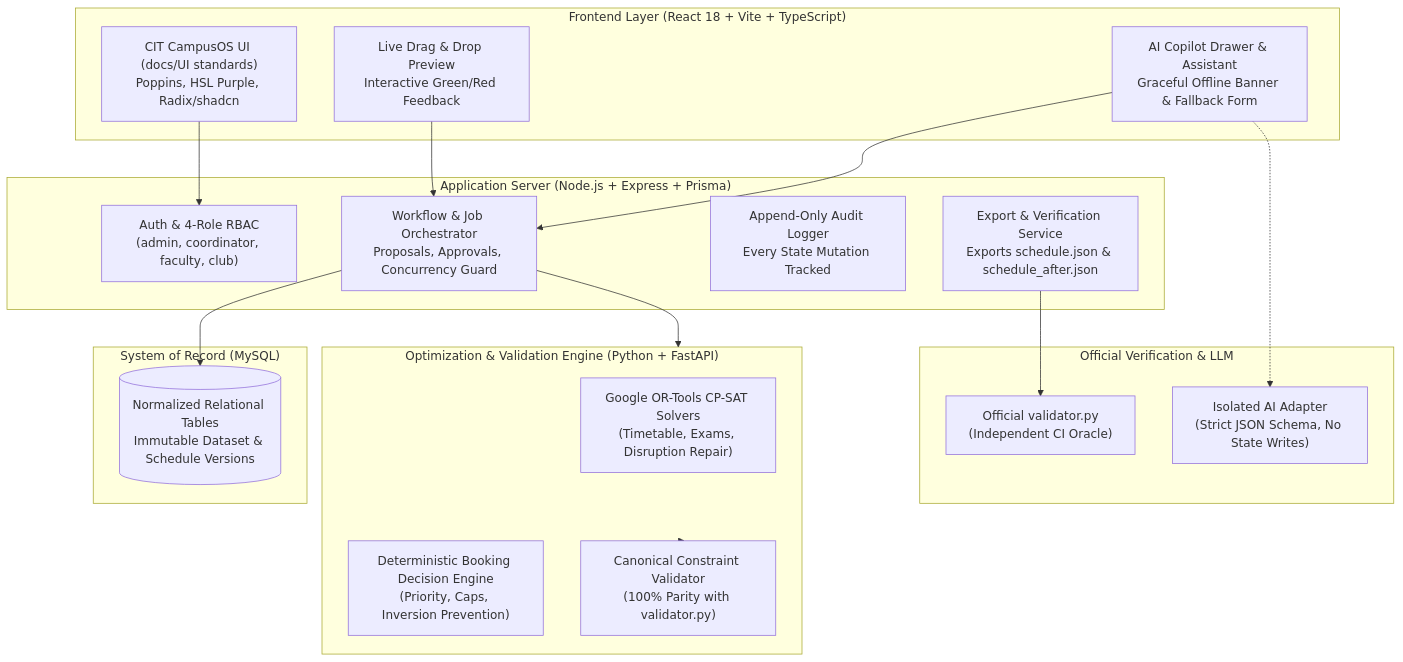
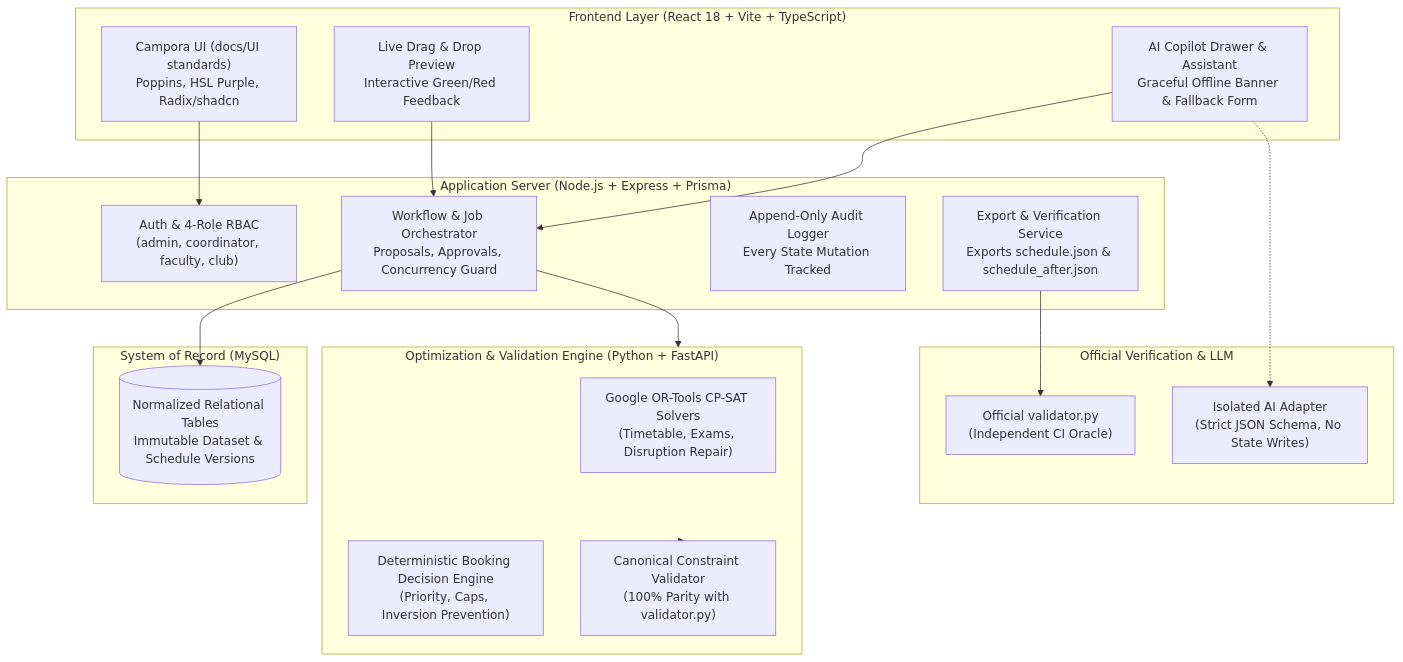
One commit to Akshat-sin-official/TZ-Meru-Byte changed the diagram in .antigravity/README.md. Above: the diagram before and after it, drawn with Mermaid. The commit also changed other lines of this file and 26 other files, not shown here.

````diff
--- a/.antigravity/README.md
+++ b/.antigravity/README.md
@@ -49,39 +49,39 @@
 ```mermaid
 flowchart TB
     subgraph Client["Frontend Layer (React 18 + Vite + TypeScript)"]
-        UI["CIT CampusOS UI (docs/UI standards)\nPoppins, HSL Purple, Radix/shadcn"]
+        UI["Campora UI (docs/UI standards)\nPoppins, HSL Purple, Radix/shadcn"]
         DnD["Live Drag & Drop Preview\nInteractive Green/Red Feedback"]
         CopilotUI["AI Copilot Drawer & Assistant\nGraceful Offline Banner & Fallback Form"]
     end
 
     subgraph Server["Application Server (Node.js + Express + Prisma)"]
         Auth["Auth & 4-Role RBAC\n(admin, coordinator, faculty, club)"]
         Workflow["Workflow & Job Orchestrator\nProposals, Approvals, Concurrency Guard"]
         Audit["Append-Only Audit Logger\nEvery State Mutation Tracked"]
         Exports["Export & Verification Service\nExports schedule.json & schedule_after.json"]
     end
 
     subgraph Database["System of Record (MySQL)"]
         DB[(Normalized Relational Tables\nImmutable Dataset & Schedule Versions)]
     end
 
     subgraph PythonService["Optimization & Validation Engine (Python + FastAPI)"]
         CPSAT["Google OR-Tools CP-SAT Solvers\n(Timetable, Exams, Disruption Repair)"]
         BookingEngine["Deterministic Booking Decision Engine\n(Priority, Caps, Inversion Prevention)"]
         CanonicalVal["Canonical Constraint Validator\n(100% Parity with validator.py)"]
     end
 
     subgraph External["Official Verification & LLM"]
         OfficialVal["Official validator.py\n(Independent CI Oracle)"]
         LLM["Isolated AI Adapter\n(Strict JSON Schema, No State Writes)"]
     end
 
     UI --> Auth
     DnD --> Workflow
     CopilotUI --> Workflow
     Workflow --> DB
     Workflow --> PythonService
     CopilotUI -.-> LLM
     Exports --> OfficialVal
     PythonService --> CanonicalVal
 ```
````
